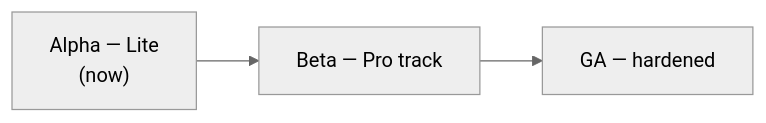
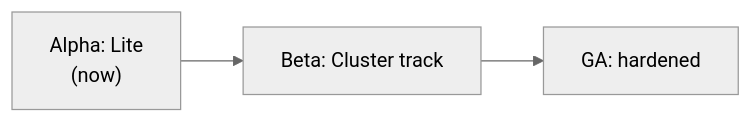
The diagram in website/content/project/roadmap.md (dexadata/dexaflow), drawn with Mermaid (neutral theme) before and after one commit. The commit also changed other lines of this file and 73 other files, not shown here.

````diff
--- a/website/content/project/roadmap.md
+++ b/website/content/project/roadmap.md
@@ -50,4 +50,4 @@
 ```mermaid
 flowchart LR
-  A["Alpha — Lite<br/>(now)"] --> B["Beta — Pro track"] --> G["GA — hardened"]
+  A["Alpha: Lite<br/>(now)"] --> B["Beta: Cluster track"] --> G["GA: hardened"]
 ```
````
